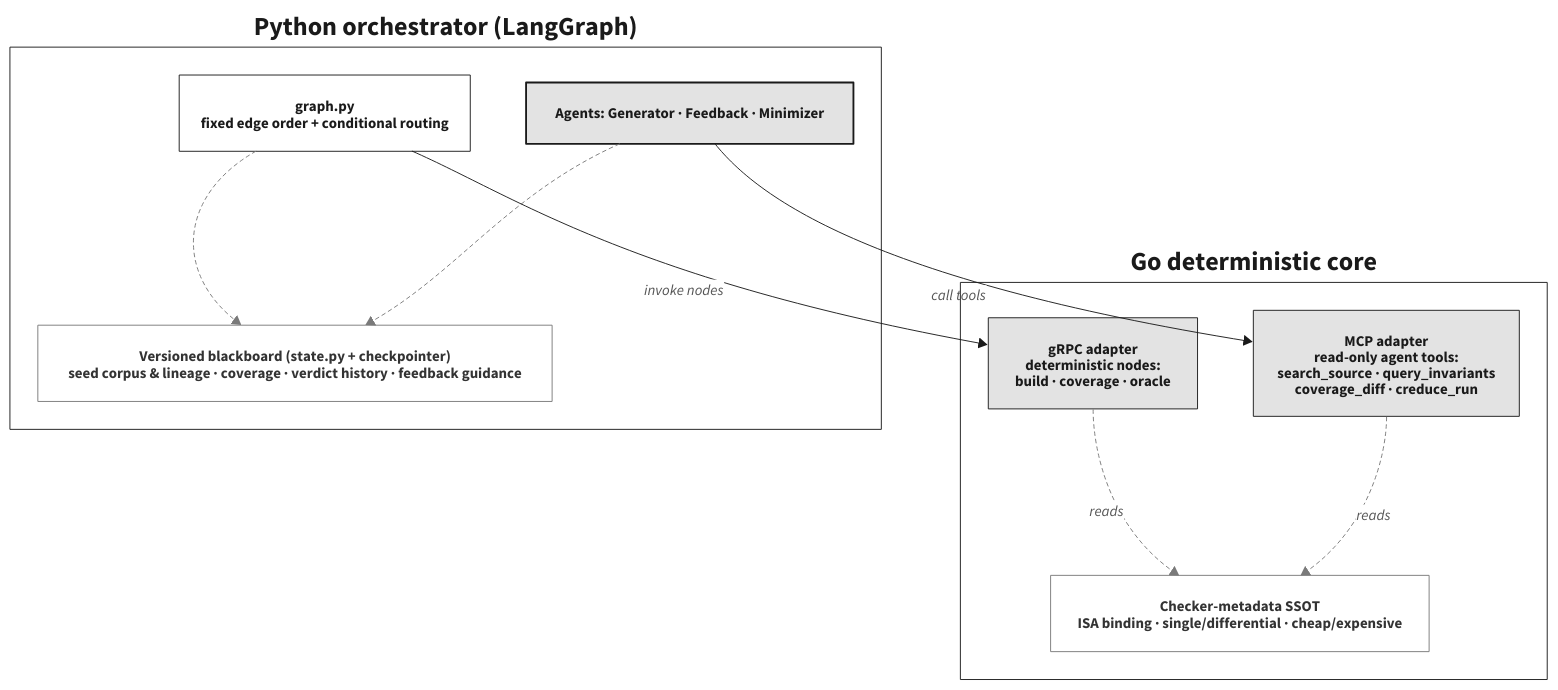
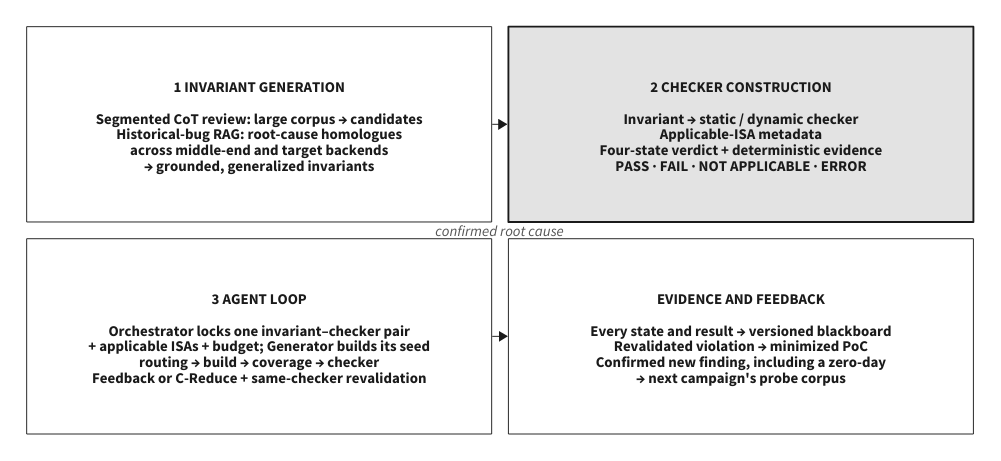
Before and after one commit to zjy-dev/de-fuzz: the diagram in docs/paper/figures/src/architecture.d2, drawn with D2. The commit also changed 20 other files, not shown here.

Commit message:
docs(paper): rewrite technical route

```diff
--- a/docs/paper/figures/src/architecture.d2
+++ b/docs/paper/figures/src/architecture.d2
@@ -1,36 +1,27 @@
-# Fig: DeFuzz two-part architecture (academic monochrome, wide/figure*)
+# Fig: DeFuzz end-to-end technical route (academic monochrome, wide/figure*)
 # render: d2 --theme=0 --pad=8 architecture.d2 ../architecture.svg
 
 classes: {
-  container: { style: { fill: transparent; stroke: "#1A1A1A"; stroke-width: 1; font-color: "#1A1A1A"; bold: true } }
-  agent:  { style: { fill: "#E3E3E3"; stroke: "#1A1A1A"; stroke-width: 2; font-color: "#1A1A1A" } }
-  node:   { style: { fill: white; stroke: "#1A1A1A"; stroke-width: 1; font-color: "#1A1A1A" } }
-  state:  { style: { fill: white; stroke: "#7A7A7A"; stroke-width: 1; font-color: "#333333" } }
-  adapter:{ style: { fill: "#E3E3E3"; stroke: "#1A1A1A"; stroke-width: 1; font-color: "#1A1A1A" } }
-  ssot:   { style: { fill: white; stroke: "#7A7A7A"; stroke-width: 1; font-color: "#333333" } }
+  stage: { style: { fill: white; stroke: "#1A1A1A"; stroke-width: 1; font-color: "#1A1A1A" } }
+  key:   { style: { fill: "#E3E3E3"; stroke: "#1A1A1A"; stroke-width: 2; font-color: "#1A1A1A" } }
 }
 
-direction: down
+route: "" {
+  style: { fill: transparent; stroke: transparent }
+  grid-rows: 2
+  grid-columns: 2
+  grid-gap: 18
 
-orch: "Python orchestrator  (LangGraph)" {
-  class: container
-  graph: "graph.py\nfixed edge order + conditional routing" { class: node }
-  agents: "Agents:  Generator · Feedback · Minimizer" { class: agent }
-  bb: "Versioned blackboard  (state.py + checkpointer)\nseed corpus & lineage · coverage · verdict history · feedback guidance" { class: state }
+  discovery: "1  INVARIANT GENERATION\n\nSegmented CoT review: large corpus → candidates\nHistorical-bug RAG: root-cause homologues\nacross middle-end and target backends\n→ grounded, generalized invariants" { class: stage; width: 500; height: 210 }
 
-  graph -> bb: "" { style: { stroke: "#7A7A7A"; stroke-width: 1; stroke-dash: 4 } }
-  agents -> bb: "" { style: { stroke: "#7A7A7A"; stroke-width: 1; stroke-dash: 4 } }
+  oracle: "2  CHECKER CONSTRUCTION\n\nInvariant → static / dynamic checker\nApplicable-ISA metadata\nFour-state verdict + deterministic evidence\nPASS · FAIL · NOT APPLICABLE · ERROR" { class: key; width: 500; height: 210 }
+
+  loop: "3  AGENT LOOP\n\nOrchestrator locks one invariant–checker pair\n+ applicable ISAs + budget; Generator builds its seed\nrouting → build → coverage → checker\nFeedback or C-Reduce + same-checker revalidation" { class: stage; width: 500; height: 210 }
+
+  state: "EVIDENCE AND FEEDBACK\n\nEvery state and result → versioned blackboard\nRevalidated violation → minimized PoC\nConfirmed new finding, including a zero-day\n→ next campaign's probe corpus" { class: stage; width: 500; height: 210 }
 }
 
-core: "Go deterministic core" {
-  class: container
-  grpc: "gRPC adapter\ndeterministic nodes:\nbuild · coverage · oracle" { class: adapter }
-  mcp: "MCP adapter\nread-only agent tools:\nsearch_source · query_invariants\ncoverage_diff · creduce_run" { class: adapter }
-  meta: "Checker-metadata SSOT\nISA binding · single/differential · cheap/expensive" { class: ssot }
-
-  grpc -> meta: "reads" { style: { stroke: "#7A7A7A"; stroke-width: 1; stroke-dash: 4; font-color: "#555555" } }
-  mcp -> meta: "reads" { style: { stroke: "#7A7A7A"; stroke-width: 1; stroke-dash: 4; font-color: "#555555" } }
-}
-
-orch.graph -> core.grpc: "invoke nodes" { style: { stroke: "#1A1A1A"; stroke-width: 1; font-color: "#555555" } }
-orch.agents -> core.mcp: "call tools" { style: { stroke: "#1A1A1A"; stroke-width: 1; font-color: "#555555" } }
+route.discovery -> route.oracle: "" { style: { stroke: "#1A1A1A"; stroke-width: 1 } }
+route.oracle -> route.loop: "" { style: { stroke: "#1A1A1A"; stroke-width: 1 } }
+route.loop -> route.state: "" { style: { stroke: "#1A1A1A"; stroke-width: 1 } }
+route.state -> route.discovery: "confirmed root cause" { style: { stroke: "#7A7A7A"; stroke-width: 1; stroke-dash: 4; font-color: "#555555" } }
```
